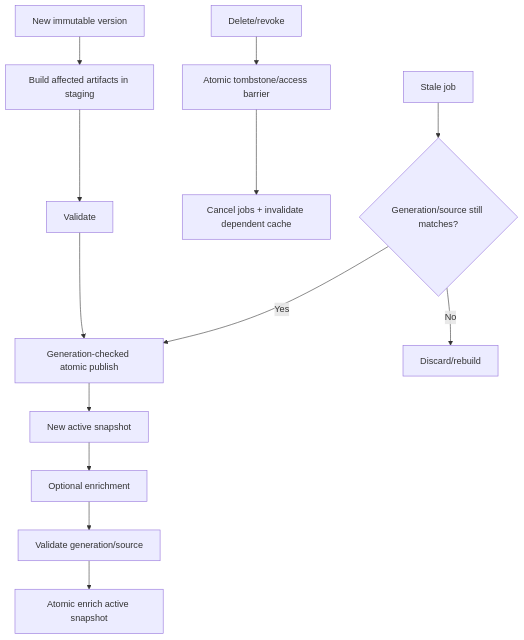
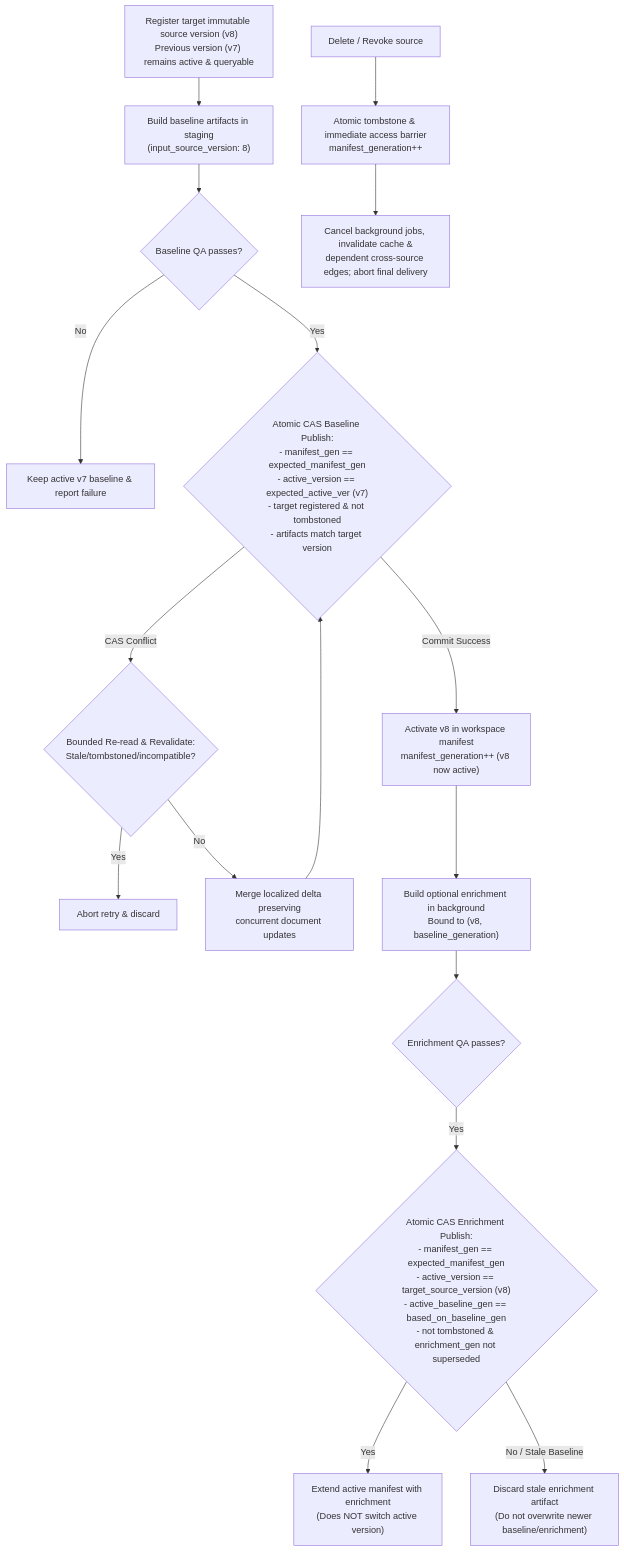
The diagram in docs/diagrams/09_LIFECYCLE.md (SGOD-pro/knowledge-retrieval-engine), drawn with Mermaid before and after one commit. The commit also changed 13 other files, not shown here.

````diff
--- a/docs/diagrams/09_LIFECYCLE.md
+++ b/docs/diagrams/09_LIFECYCLE.md
@@ -3,17 +3,21 @@
 ```mermaid
 flowchart TB
-    NEW["New immutable version"] --> BUILD["Build affected artifacts in staging"]
-    BUILD --> QA["Validate"]
-    QA --> PUB["Generation-checked atomic publish"]
-    PUB --> ACTIVE["New active snapshot"]
-    ACTIVE --> ENR["Optional enrichment"]
-    ENR --> EQA["Validate generation/source"]
-    EQA --> EPUB["Atomic enrich active snapshot"]
+    REG["Register target immutable source version (v8)\nPrevious version (v7) remains active & queryable"] --> STAGE["Build baseline artifacts in staging\n(input_source_version: 8)"]
+    STAGE --> BQA{"Baseline QA passes?"}
+    BQA -->|No| FAIL["Keep active v7 baseline & report failure"]
+    BQA -->|Yes| CAS_BASE{"Atomic CAS Baseline Publish:\n- manifest_gen == expected_manifest_gen\n- active_version == expected_active_ver (v7)\n- target registered & not tombstoned\n- artifacts match target version"}
+    CAS_BASE -->|CAS Conflict| RETRY{"Bounded Re-read & Revalidate:\nStale/tombstoned/incompatible?"}
+    RETRY -->|Yes| ABORT["Abort retry & discard"]
+    RETRY -->|No| MERGE_DELTA["Merge localized delta preserving\nconcurrent document updates"]
+    MERGE_DELTA --> CAS_BASE
+    CAS_BASE -->|Commit Success| ACTIVATE["Activate v8 in workspace manifest\nmanifest_generation++ (v8 now active)"]
 
-    DEL["Delete/revoke"] --> TOM["Atomic tombstone/access barrier"]
-    TOM --> INV["Cancel jobs + invalidate dependent cache"]
+    ACTIVATE --> ENR_BUILD["Build optional enrichment in background\nBound to (v8, baseline_generation)"]
+    ENR_BUILD --> EQA{"Enrichment QA passes?"}
+    EQA -->|Yes| CAS_ENR{"Atomic CAS Enrichment Publish:\n- manifest_gen == expected_manifest_gen\n- active_version == target_source_version (v8)\n- active_baseline_gen == based_on_baseline_gen\n- not tombstoned & enrichment_gen not superseded"}
+    CAS_ENR -->|Yes| ENR_EXTEND["Extend active manifest with enrichment\n(Does NOT switch active version)"]
+    CAS_ENR -->|No / Stale Baseline| ENR_DISC["Discard stale enrichment artifact\n(Do not overwrite newer baseline/enrichment)"]
 
-    STALE["Stale job"] --> CHECK{"Generation/source still matches?"}
-    CHECK -->|No| DISC["Discard/rebuild"]
-    CHECK -->|Yes| PUB
+    DEL["Delete / Revoke source"] --> TOMB["Atomic tombstone & immediate access barrier\nmanifest_generation++"]
+    TOMB --> CLEANUP["Cancel background jobs, invalidate cache &\ndependent cross-source edges; abort final delivery"]
 ```
````
